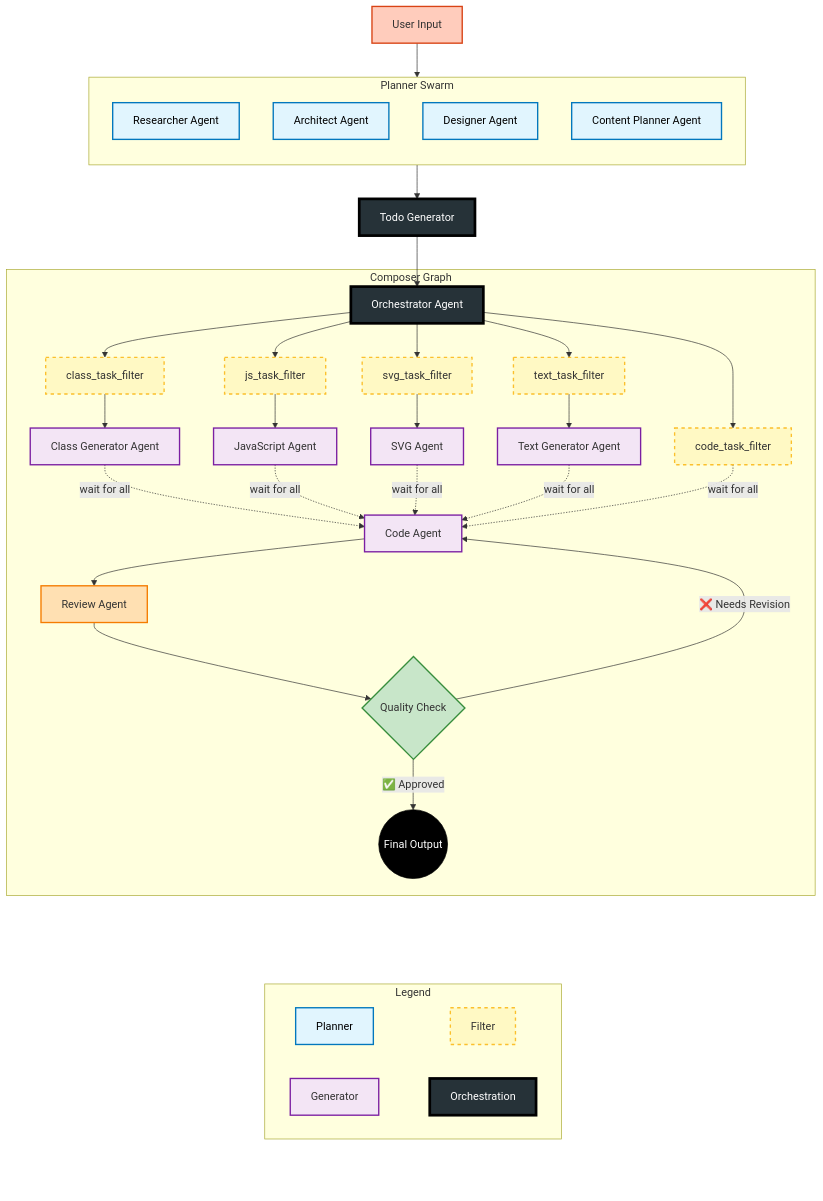
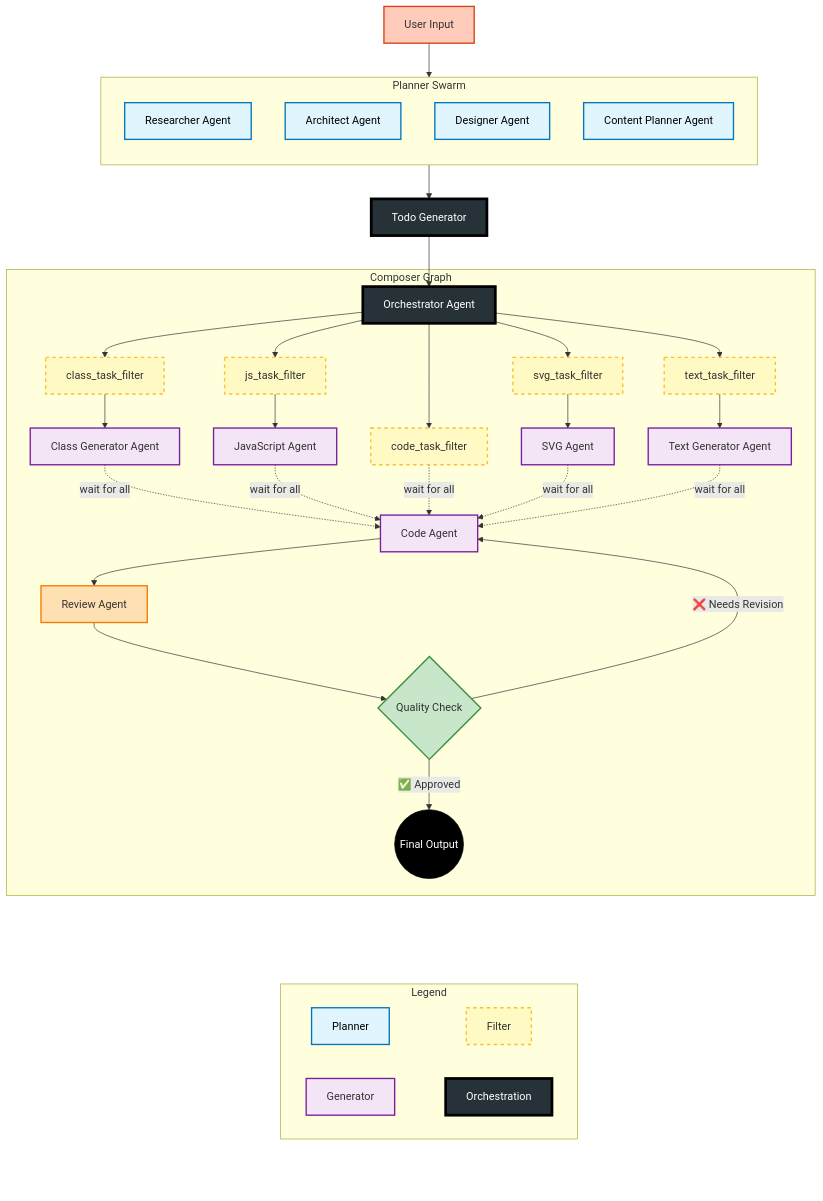
Before and after one commit to lmandrelli/grape-coder: the diagram in README.md, drawn with Mermaid.

Commit message:
fix(README-graph): visual change

```diff
--- a/README.md
+++ b/README.md
@@ -151,7 +151,7 @@
         SVGFilter --> SVGAgent
         TextFilter --> TextAgent
 
-        ClassAgent & JSAgent & SVGAgent & TextAgent & CodeFilter -.->|wait for all| CodeAgent
+        ClassAgent & JSAgent & CodeFilter & SVGAgent & TextAgent -.->|wait for all| CodeAgent
 
         %% Review loop
         CodeAgent --> ReviewAgent
```
